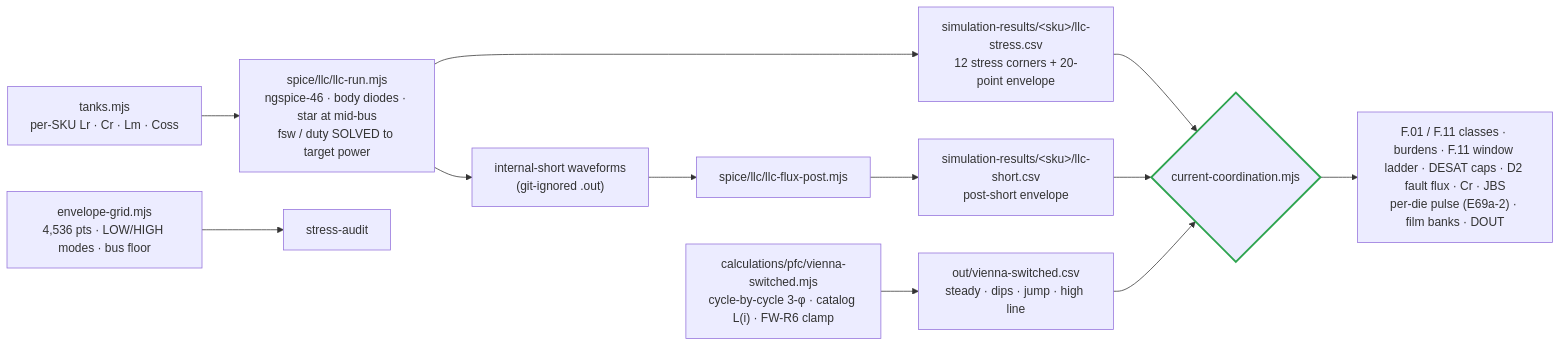
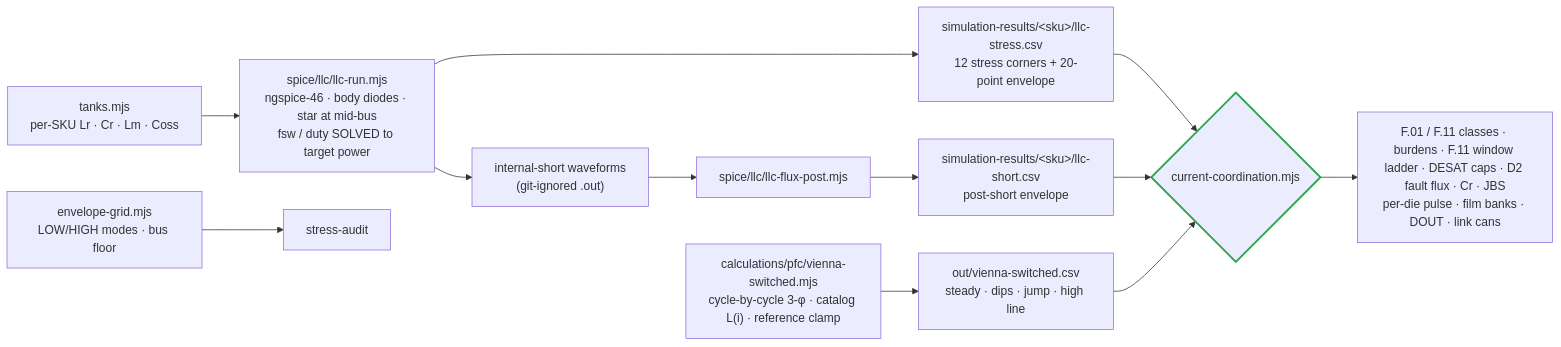
One commit to vectivolt/DC-Modules changed the second of 5 diagrams in docs/current-coordination.md. Above: the diagram before and after it, drawn with Mermaid. The commit also changed other lines of this file and 802 other files, not shown here.

````diff
--- a/docs/current-coordination.md
+++ b/docs/current-coordination.md
@@ -92,15 +66,15 @@
 ```mermaid
 flowchart LR
   T["tanks.mjs<br/>per-SKU Lr · Cr · Lm · Coss"] --> R["spice/llc/llc-run.mjs<br/>ngspice-46 · body diodes · star at mid-bus<br/>fsw / duty SOLVED to target power"]
   R --> C1["simulation-results/&lt;sku&gt;/llc-stress.csv<br/>12 stress corners + 20-point envelope"]
   R --> W["internal-short waveforms<br/>(git-ignored .out)"]
   W --> FP["spice/llc/llc-flux-post.mjs"]
   FP --> C3["simulation-results/&lt;sku&gt;/llc-short.csv<br/>post-short envelope"]
-  V["calculations/pfc/vienna-switched.mjs<br/>cycle-by-cycle 3-φ · catalog L(i) · FW-R6 clamp"] --> C2["out/vienna-switched.csv<br/>steady · dips · jump · high line"]
-  G["envelope-grid.mjs<br/>4,536 pts · LOW/HIGH modes · bus floor"] --> SA["stress-audit"]
+  V["calculations/pfc/vienna-switched.mjs<br/>cycle-by-cycle 3-φ · catalog L(i) · reference clamp"] --> C2["out/vienna-switched.csv<br/>steady · dips · jump · high line"]
+  G["envelope-grid.mjs<br/>LOW/HIGH modes · bus floor"] --> SA["stress-audit"]
   C1 --> CC{"current-coordination.mjs"}
   C3 --> CC
   C2 --> CC
-  CC --> OUT["F.01 / F.11 classes · burdens · F.11 window ladder · DESAT caps · D2 fault flux · Cr · JBS<br/>per-die pulse (E69a-2) · film banks · DOUT"]
+  CC --> OUT["F.01 / F.11 classes · burdens · F.11 window ladder · DESAT caps · D2 fault flux · Cr · JBS<br/>per-die pulse · film banks · DOUT · link cans"]
   style CC stroke:#2ea44f,stroke-width:2.5px
 ```
````
